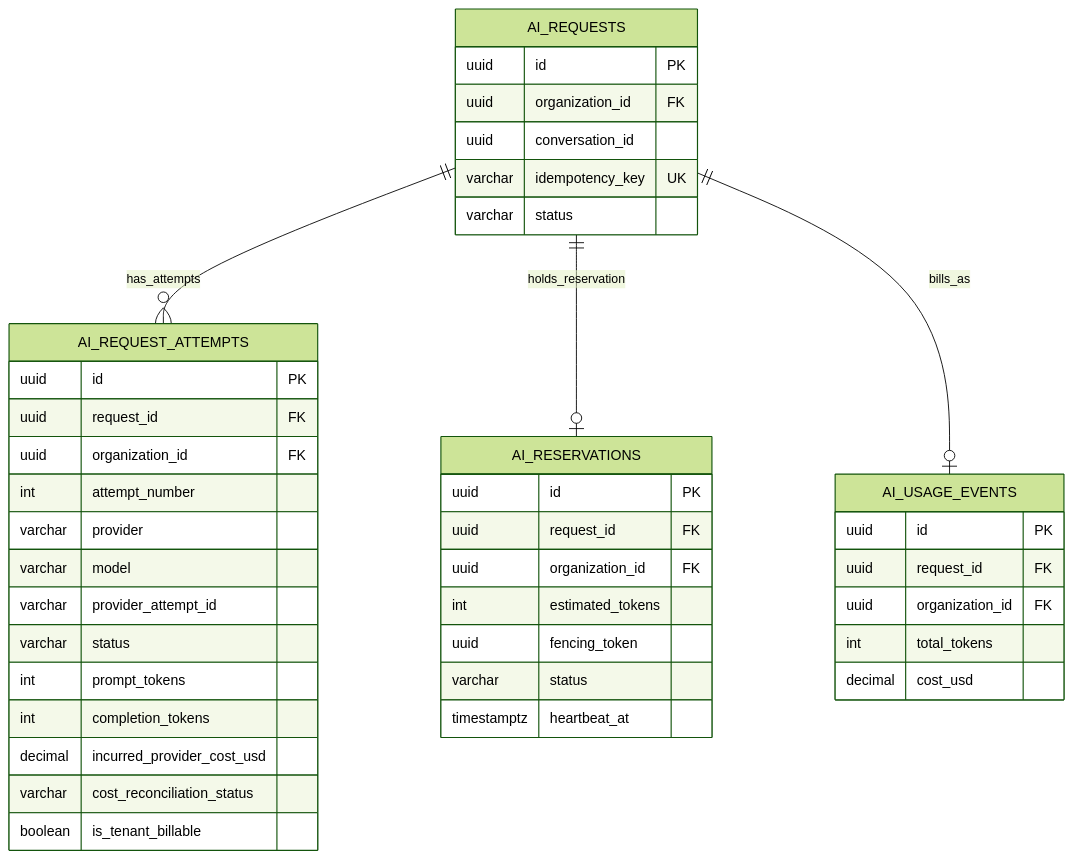
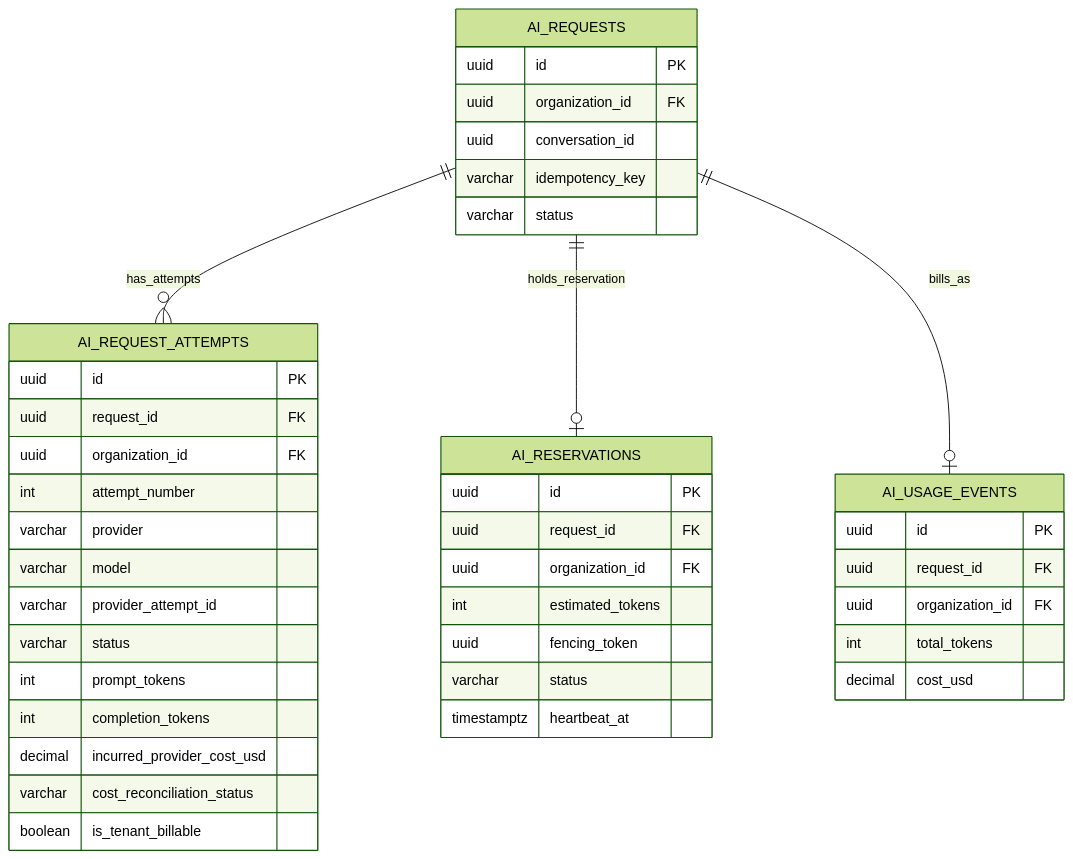
Before and after one commit to HarshParyani33/orbit: the fourth of 5 diagrams in docs/ARCHITECTURE.md, drawn with Mermaid (forest theme). The commit also changed other lines of this file, not shown here.

Commit message:
docs: update architecture specification v1.1.1

````diff
--- a/docs/ARCHITECTURE.md
+++ b/docs/ARCHITECTURE.md
@@ -385,48 +433,48 @@
 ```mermaid
 erDiagram
     AI_REQUESTS ||--o{ AI_REQUEST_ATTEMPTS : has_attempts
     AI_REQUESTS ||--o| AI_RESERVATIONS : holds_reservation
     AI_REQUESTS ||--o| AI_USAGE_EVENTS : bills_as
 
     AI_REQUESTS {
         uuid id PK
         uuid organization_id FK
         uuid conversation_id
-        varchar idempotency_key UK
+        varchar idempotency_key
         varchar status
     }
 
     AI_REQUEST_ATTEMPTS {
         uuid id PK
         uuid request_id FK
         uuid organization_id FK
         int attempt_number
         varchar provider
         varchar model
         varchar provider_attempt_id
         varchar status
         int prompt_tokens
         int completion_tokens
         decimal incurred_provider_cost_usd
         varchar cost_reconciliation_status
         boolean is_tenant_billable
     }
 
     AI_RESERVATIONS {
         uuid id PK
         uuid request_id FK
         uuid organization_id FK
         int estimated_tokens
         uuid fencing_token
         varchar status
         timestamptz heartbeat_at
     }
 
     AI_USAGE_EVENTS {
         uuid id PK
         uuid request_id FK
         uuid organization_id FK
         int total_tokens
         decimal cost_usd
     }
 ```
````
